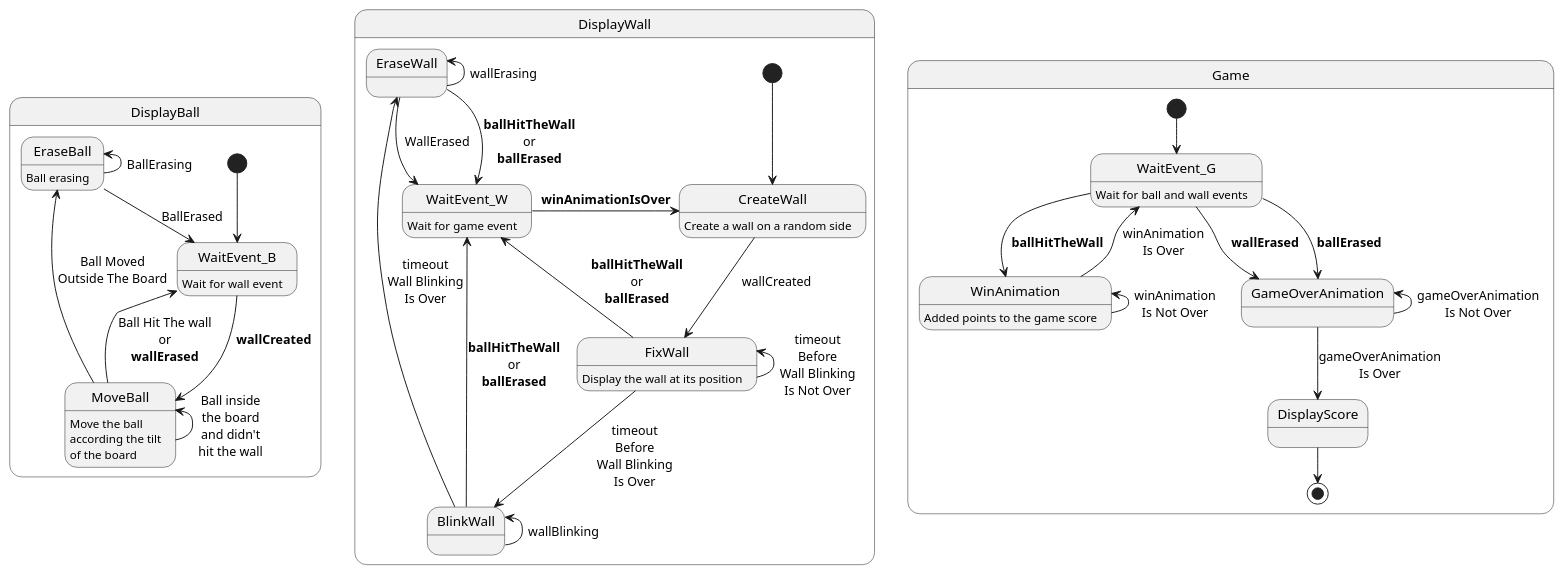
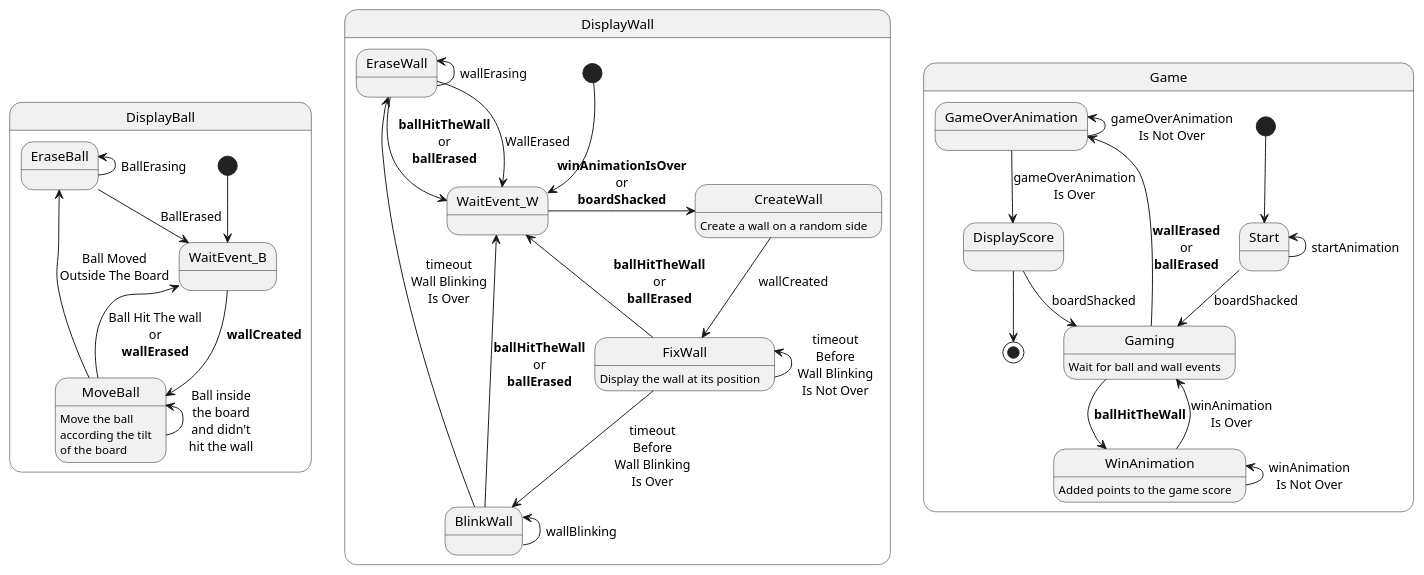
The diagram in Arduino-nano/LedsPong/LedsPong.puml (jebissey/GamesOfSkill), drawn with PlantUML before and after one commit. The commit also changed 7 other files, not shown here.

Commit message:
Added step Start in the game and shaking board event

```diff
--- a/Arduino-nano/LedsPong/LedsPong.puml
+++ b/Arduino-nano/LedsPong/LedsPong.puml
@@ -1,62 +1,62 @@
 @startuml
 
 state DisplayBall {
     [*] --> WaitEvent_B
 
-    WaitEvent_B : Wait for wall event
     WaitEvent_B -> MoveBall : **wallCreated**
 
     MoveBall : Move the ball\naccording the tilt\nof the board
     MoveBall -up-> MoveBall : Ball inside\nthe board\nand didn't\nhit the wall
     MoveBall --> EraseBall :  Ball Moved\nOutside The Board
     MoveBall --> WaitEvent_B : Ball Hit The wall\nor\n**wallErased**
 
-    EraseBall : Ball erasing
     EraseBall -up-> EraseBall : BallErasing
     EraseBall --> WaitEvent_B : BallErased
 
 }
 
 state DisplayWall {
-    [*] --> CreateWall
+    [*] --> WaitEvent_W
+        
+    WaitEvent_W -> CreateWall : **winAnimationIsOver**\nor\n**boardShacked**
 
     CreateWall : Create a wall on a random side
     CreateWall --> FixWall : wallCreated
 
     FixWall : Display the wall at its position
     FixWall -up-> FixWall : timeout\nBefore\nWall Blinking\nIs Not Over
     FixWall --> BlinkWall : timeout\nBefore\nWall Blinking\nIs Over
     FixWall ->  WaitEvent_W : **ballHitTheWall**\nor\n**ballErased**
     
     BlinkWall -up-> BlinkWall : wallBlinking
     BlinkWall --> EraseWall : timeout\nWall Blinking\nIs Over
     BlinkWall ->  WaitEvent_W : **ballHitTheWall**\nor\n**ballErased**
 
     EraseWall -up-> EraseWall : wallErasing
     EraseWall --> WaitEvent_W : WallErased
     EraseWall ->  WaitEvent_W : **ballHitTheWall**\nor\n**ballErased**
-    
-    WaitEvent_W : Wait for game event
-    WaitEvent_W -> CreateWall : **winAnimationIsOver**
 }
 
 state Game {
-    [*] --> WaitEvent_G
+    [*] --> Start
 
-    WaitEvent_G : Wait for ball and wall events
-    WaitEvent_G --> GameOverAnimation : **wallErased**
-    WaitEvent_G --> GameOverAnimation : **ballErased**
+    Start --> Gaming : boardShacked
+    Start -up-> Start : startAnimation
 
-    WaitEvent_G --> WinAnimation : **ballHitTheWall**
+    Gaming : Wait for ball and wall events
+    Gaming --> GameOverAnimation : **wallErased**\nor\n**ballErased**
+
+    Gaming --> WinAnimation : **ballHitTheWall**
 
     WinAnimation : Added points to the game score
     WinAnimation -up-> WinAnimation : winAnimation\nIs Not Over
-    WinAnimation --> WaitEvent_G : winAnimation\nIs Over
+    WinAnimation --> Gaming : winAnimation\nIs Over
 
     GameOverAnimation -up-> GameOverAnimation : gameOverAnimation\nIs Not Over
     GameOverAnimation --> DisplayScore : gameOverAnimation\nIs Over
 
+    DisplayScore --> Gaming : boardShacked
     DisplayScore --> [*]
 }
 
 @enduml
```
